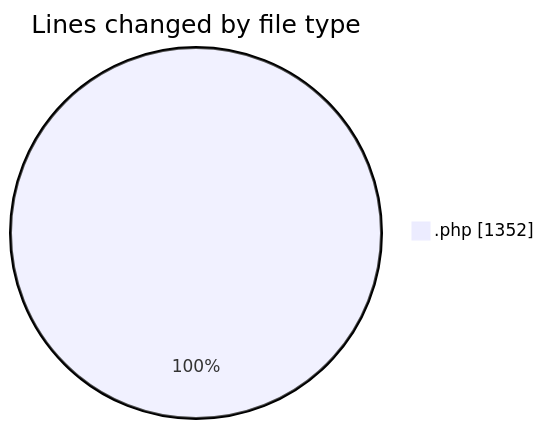
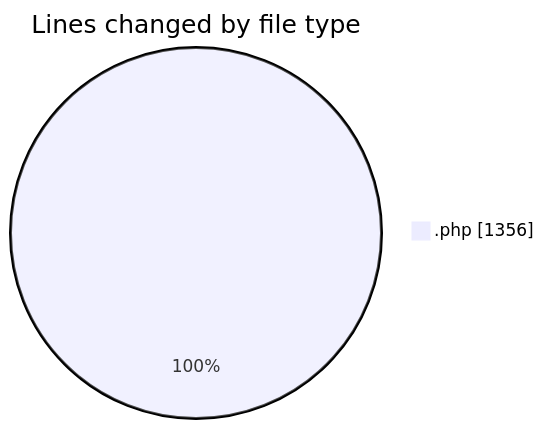
Before and after one commit to debugP/code-tracking: the first of 2 diagrams in 2025-11-28/jmb-limit-daily-sales/README.md, drawn with Mermaid. The commit also changed other lines of this file and 1 other file, not shown here.

````diff
--- a/2025-11-28/jmb-limit-daily-sales/README.md
+++ b/2025-11-28/jmb-limit-daily-sales/README.md
@@ -20,5 +20,5 @@
 ```mermaid
 pie showData
 title Lines changed by file type
-".php" : 1352
+".php" : 1356
 ```
````
